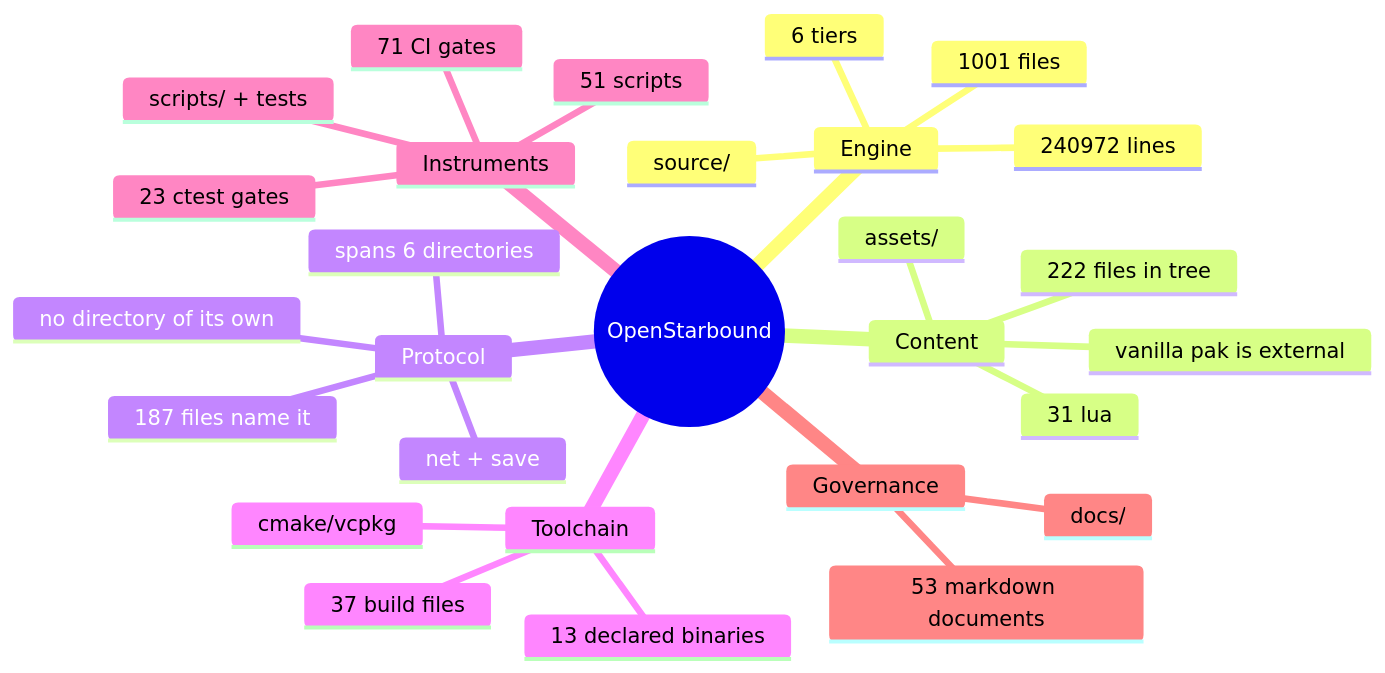
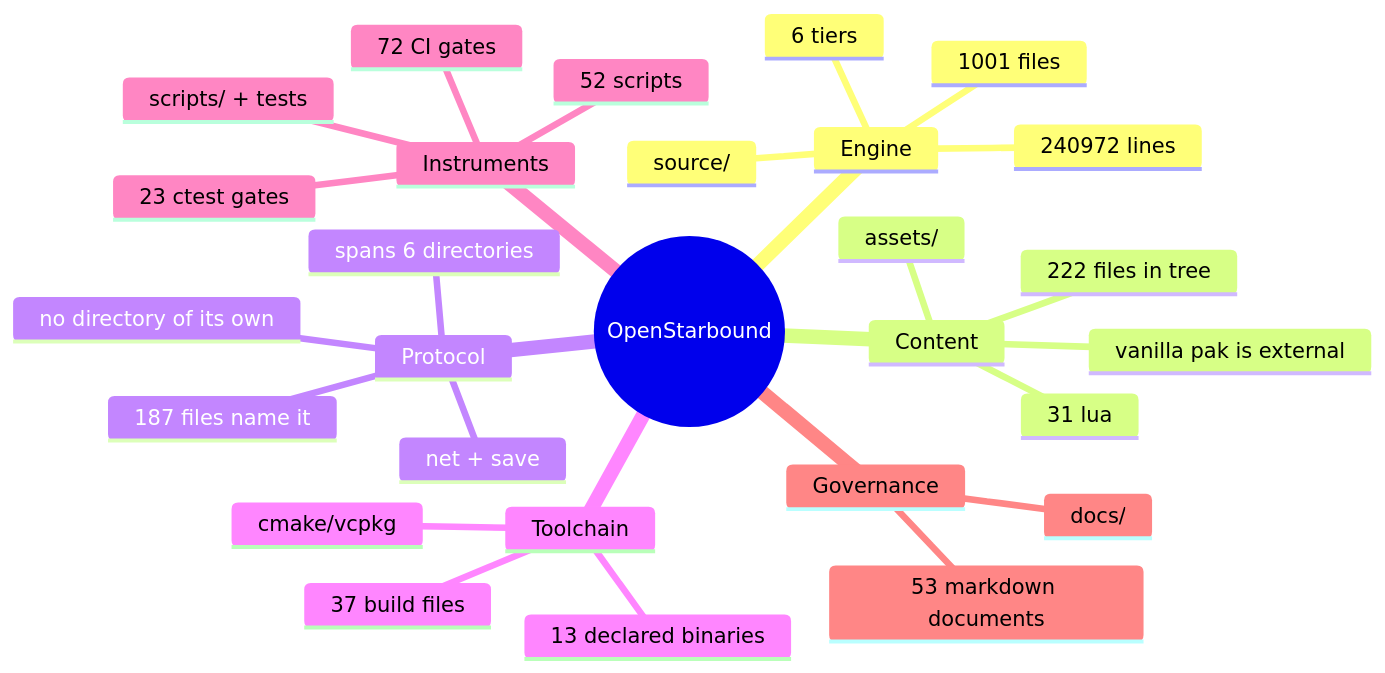
Before and after one commit to apnex/OpenStarbound: the second of 11 diagrams in docs/architecture/system-boundaries.md, drawn with Mermaid. The commit also changed 6 other files, not shown here.

````diff
--- a/docs/architecture/system-boundaries.md
+++ b/docs/architecture/system-boundaries.md
@@ -166,31 +166,31 @@
 ```mermaid
 mindmap
   root((OpenStarbound))
     Engine
       source/
       1001 files
       240972 lines
       6 tiers
     Content
       assets/
       222 files in tree
       31 lua
       vanilla pak is external
     Protocol
       net + save
       187 files name it
       spans 6 directories
       no directory of its own
     Toolchain
       cmake/vcpkg
       37 build files
       13 declared binaries
     Instruments
       scripts/ + tests
-      51 scripts
+      52 scripts
       23 ctest gates
-      71 CI gates
+      72 CI gates
     Governance
       docs/
       53 markdown documents
 ```
````
